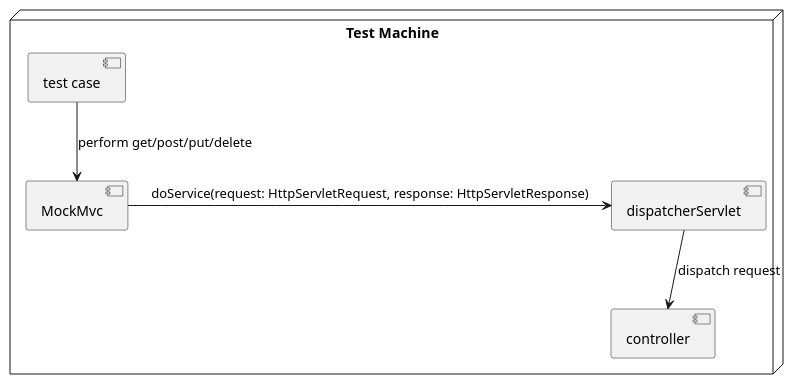
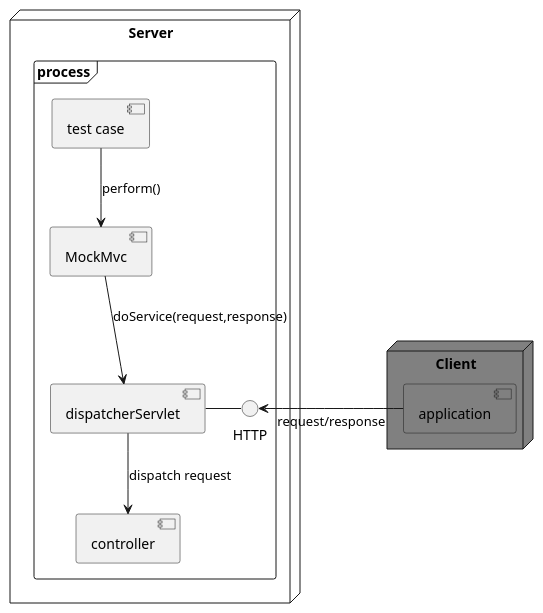
The second of 2 diagrams in _posts/2020-03-18-API-Testing-by-Spring-MVC-Test-Framework.adoc (rscai/rscai.github.io), drawn with PlantUML before and after one commit. The commit also changed other lines of this file, not shown here.

Commit message:
updated API testing by Spring MVC Test framework

```diff
--- a/_posts/2020-03-18-API-Testing-by-Spring-MVC-Test-Framework.adoc
+++ b/_posts/2020-03-18-API-Testing-by-Spring-MVC-Test-Framework.adoc
@@ -68,9 +116,20 @@
 [plantuml]
 ....
-@startuml
-node "Test Machine" {
-     [test case] --> [MockMvc]: perform get/post/put/delete
-     [MockMvc] -> [dispatcherServlet]: doService(request: HttpServletRequest, response: HttpServletResponse)
-     [dispatcherServlet] --> [controller]: dispatch request
+node "Server" {
+     frame "process" {
+           [test case]
+           [MockMvc]
+           interface HTTP
+           [dispatcherServlet] - HTTP
+           [dispatcherServlet] --> [controller]: dispatch request
+           [test case] --> [MockMvc]: perform()
+           [MockMvc] --> [dispatcherServlet]: doService(request,response)
+     }
+}
+node "Client" #grey {
+     [application] #grey
+}
+
+HTTP <- [application]: request/response
 @enduml
 ....
```
